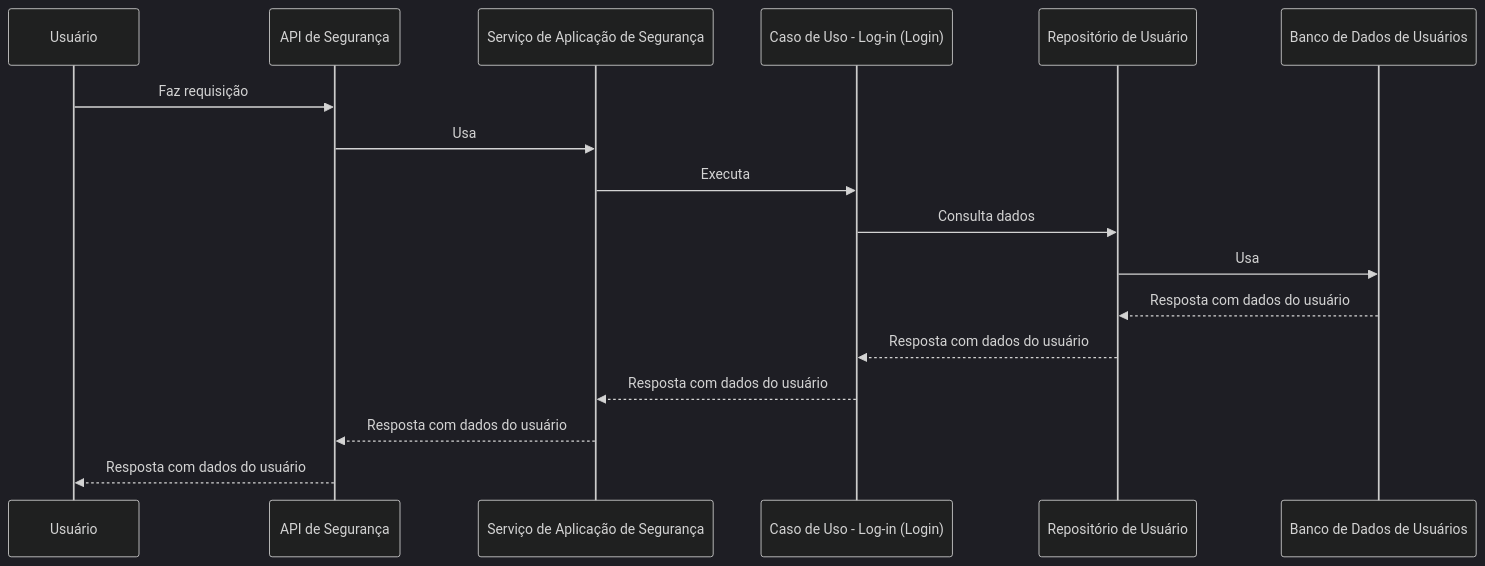
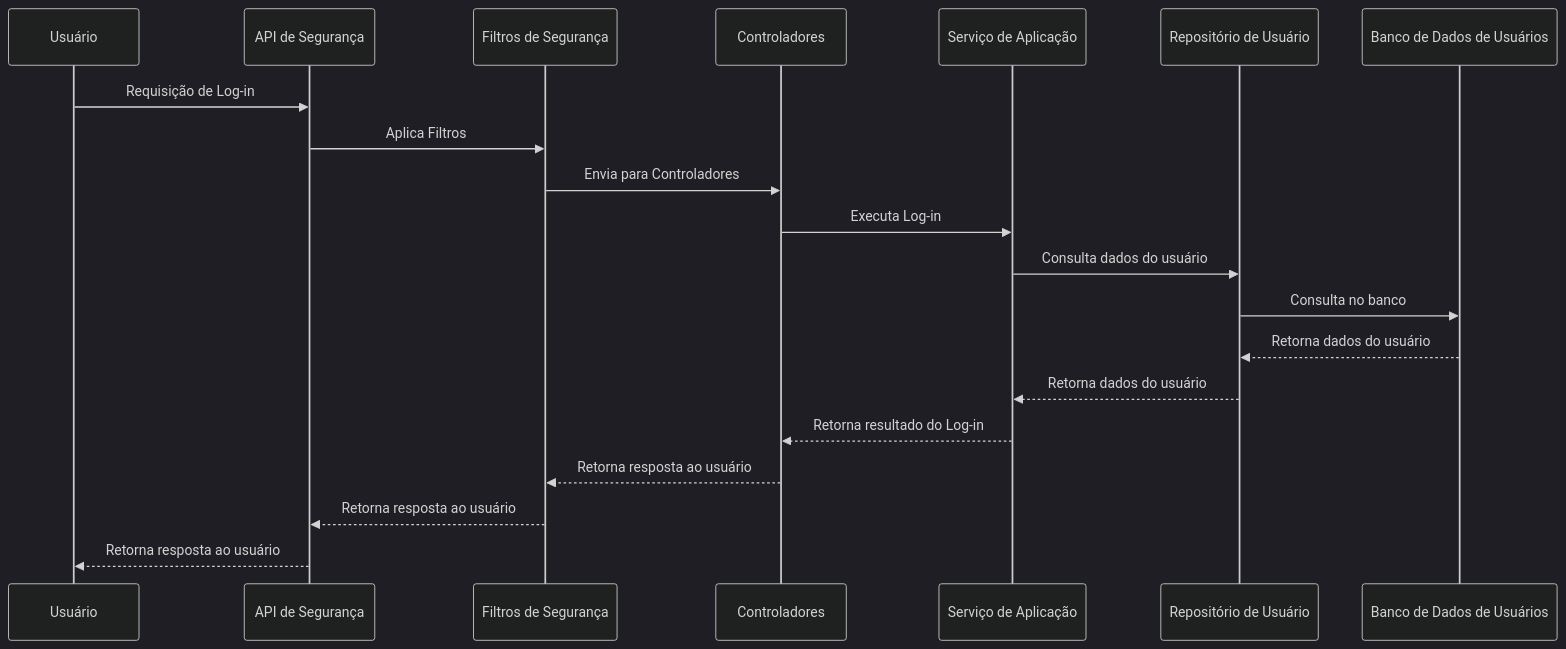
Before and after one commit to Open-3A/3A-c4-model: the first of 3 diagrams in c3-components/back-end/security-module/README.md, drawn with Mermaid (dark theme). The commit also changed other lines of this file and 1 other file, not shown here.

Commit message:
feat(back-end): add filter chain layer security module

````diff
--- a/c3-components/back-end/security-module/README.md
+++ b/c3-components/back-end/security-module/README.md
@@ -9,20 +9,23 @@
 ```mermaid
 sequenceDiagram
-    participant user as Usuário
-    participant security_api as API de Segurança
-    participant security_service as Serviço de Aplicação de Segurança
-    participant login_use_case as Caso de Uso - Log-in (Login)
-    participant user_repository as Repositório de Usuário
-    participant user_db as Banco de Dados de Usuários
+    participant User as Usuário
+    participant SecurityAPI as API de Segurança
+    participant SecurityFilters as Filtros de Segurança
+    participant SecurityControllers as Controladores
+    participant SecurityService as Serviço de Aplicação
+    participant UserRepository as Repositório de Usuário
+    participant UserDB as Banco de Dados de Usuários
 
-    user->>security_api: Faz requisição
-    security_api->>security_service: Usa
-    security_service->>login_use_case: Executa
-    login_use_case->>user_repository: Consulta dados
-    user_repository->> user_db: Usa
-    user_db-->>user_repository: Resposta com dados do usuário
-    user_repository-->>login_use_case: Resposta com dados do usuário
-    login_use_case-->>security_service: Resposta com dados do usuário
-    security_service-->>security_api: Resposta com dados do usuário
-    security_api-->>user: Resposta com dados do usuário
+    User->>SecurityAPI: Requisição de Log-in
+    SecurityAPI->>SecurityFilters: Aplica Filtros
+    SecurityFilters->>SecurityControllers: Envia para Controladores
+    SecurityControllers->>SecurityService: Executa Log-in
+    SecurityService->>UserRepository: Consulta dados do usuário
+    UserRepository->>UserDB: Consulta no banco
+    UserDB-->>UserRepository: Retorna dados do usuário
+    UserRepository-->>SecurityService: Retorna dados do usuário
+    SecurityService-->>SecurityControllers: Retorna resultado do Log-in
+    SecurityControllers-->>SecurityFilters: Retorna resposta ao usuário
+    SecurityFilters-->>SecurityAPI: Retorna resposta ao usuário
+    SecurityAPI-->>User: Retorna resposta ao usuário
 ```
````
